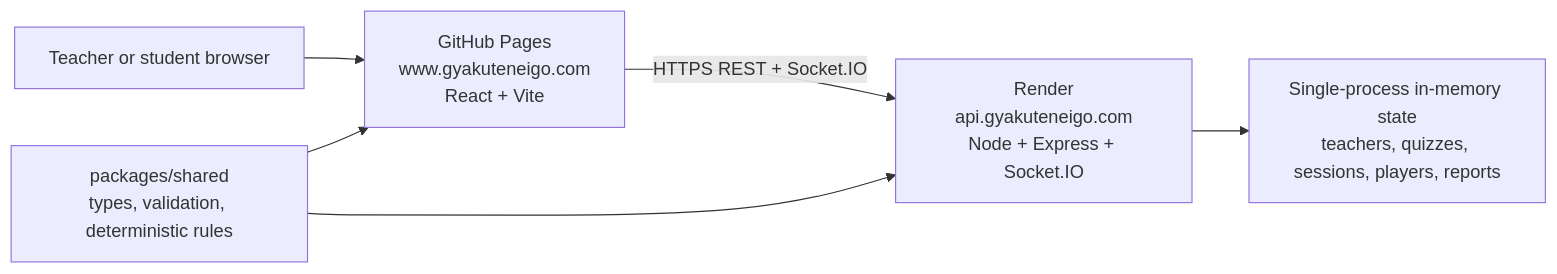
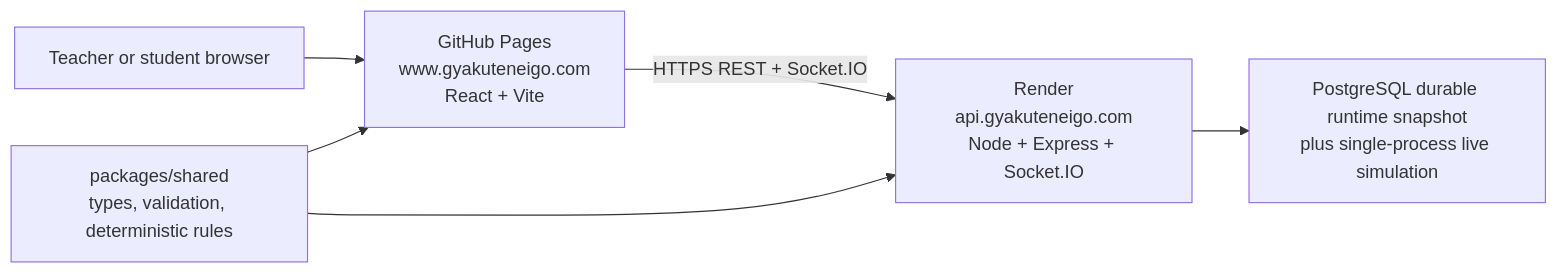
Before and after one commit to susume/GyakutenEigo: the diagram in architecture.md, drawn with Mermaid. The commit also changed other lines of this file and 38 other files, not shown here.

````diff
--- a/architecture.md
+++ b/architecture.md
@@ -7,8 +7,8 @@
 ```mermaid
 flowchart LR
   Visitor["Teacher or student browser"] --> Pages["GitHub Pages\nwww.gyakuteneigo.com\nReact + Vite"]
   Pages -->|"HTTPS REST + Socket.IO"| Api["Render\napi.gyakuteneigo.com\nNode + Express + Socket.IO"]
-  Api --> Memory["Single-process in-memory state\nteachers, quizzes, sessions, players, reports"]
+  Api --> State["PostgreSQL durable runtime snapshot\nplus single-process live simulation"]
   Shared["packages/shared\ntypes, validation, deterministic rules"] --> Pages
   Shared --> Api
 ```
````
